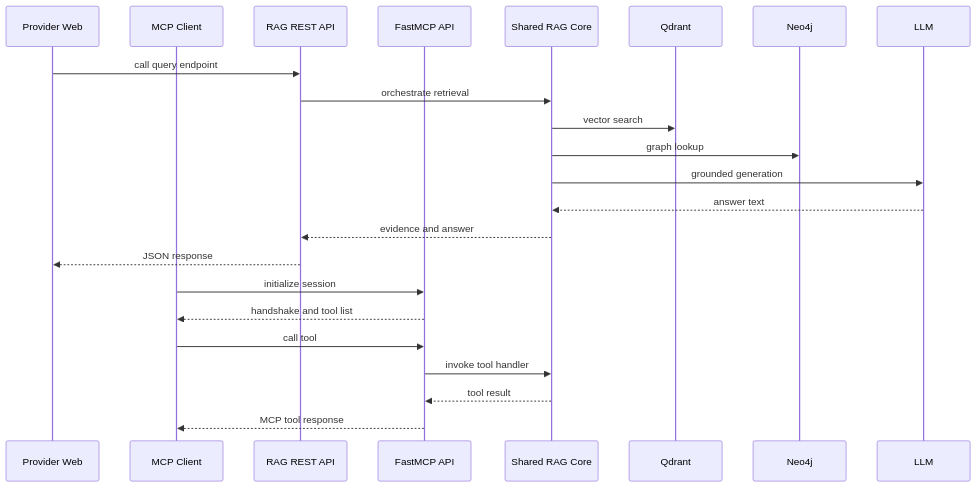
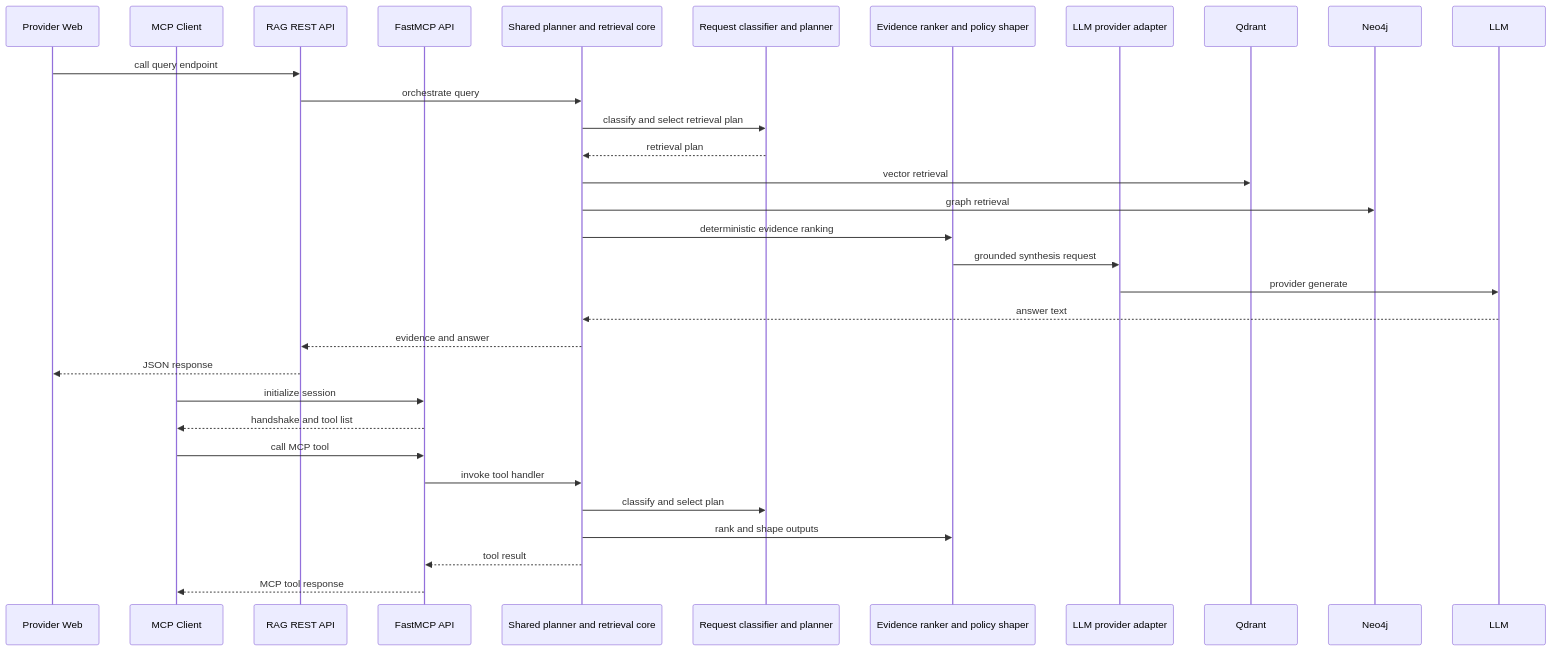
One commit to wchen-dea/Agentic-AI-Healthcare-GraphRAG changed the second of 4 diagrams in docs/architecture.md. Above: the diagram before and after it, drawn with Mermaid. The commit also changed other lines of this file and 2 other files, not shown here.

````diff
--- a/docs/architecture.md
+++ b/docs/architecture.md
@@ -162,27 +170,36 @@
 ```mermaid
 sequenceDiagram
   participant UI as Provider Web
   participant MCP as MCP Client
   participant RAG as RAG REST API
   participant MCPAPI as FastMCP API
-  participant Core as Shared RAG Core
+  participant Core as Shared planner and retrieval core
+  participant Planner as Request classifier and planner
+  participant Rank as Evidence ranker and policy shaper
+  participant Adapter as LLM provider adapter
   participant Qdrant
   participant Neo4j
   participant LLM
 
   UI->>RAG: call query endpoint
-  RAG->>Core: orchestrate retrieval
-  Core->>Qdrant: vector search
-  Core->>Neo4j: graph lookup
-  Core->>LLM: grounded generation
+  RAG->>Core: orchestrate query
+  Core->>Planner: classify and select retrieval plan
+  Planner-->>Core: retrieval plan
+  Core->>Qdrant: vector retrieval
+  Core->>Neo4j: graph retrieval
+  Core->>Rank: deterministic evidence ranking
+  Rank->>Adapter: grounded synthesis request
+  Adapter->>LLM: provider generate
   LLM-->>Core: answer text
   Core-->>RAG: evidence and answer
   RAG-->>UI: JSON response
 
   MCP->>MCPAPI: initialize session
   MCPAPI-->>MCP: handshake and tool list
-  MCP->>MCPAPI: call tool
+  MCP->>MCPAPI: call MCP tool
   MCPAPI->>Core: invoke tool handler
+  Core->>Planner: classify and select plan
+  Core->>Rank: rank and shape outputs
   Core-->>MCPAPI: tool result
   MCPAPI-->>MCP: MCP tool response
 ```
````
